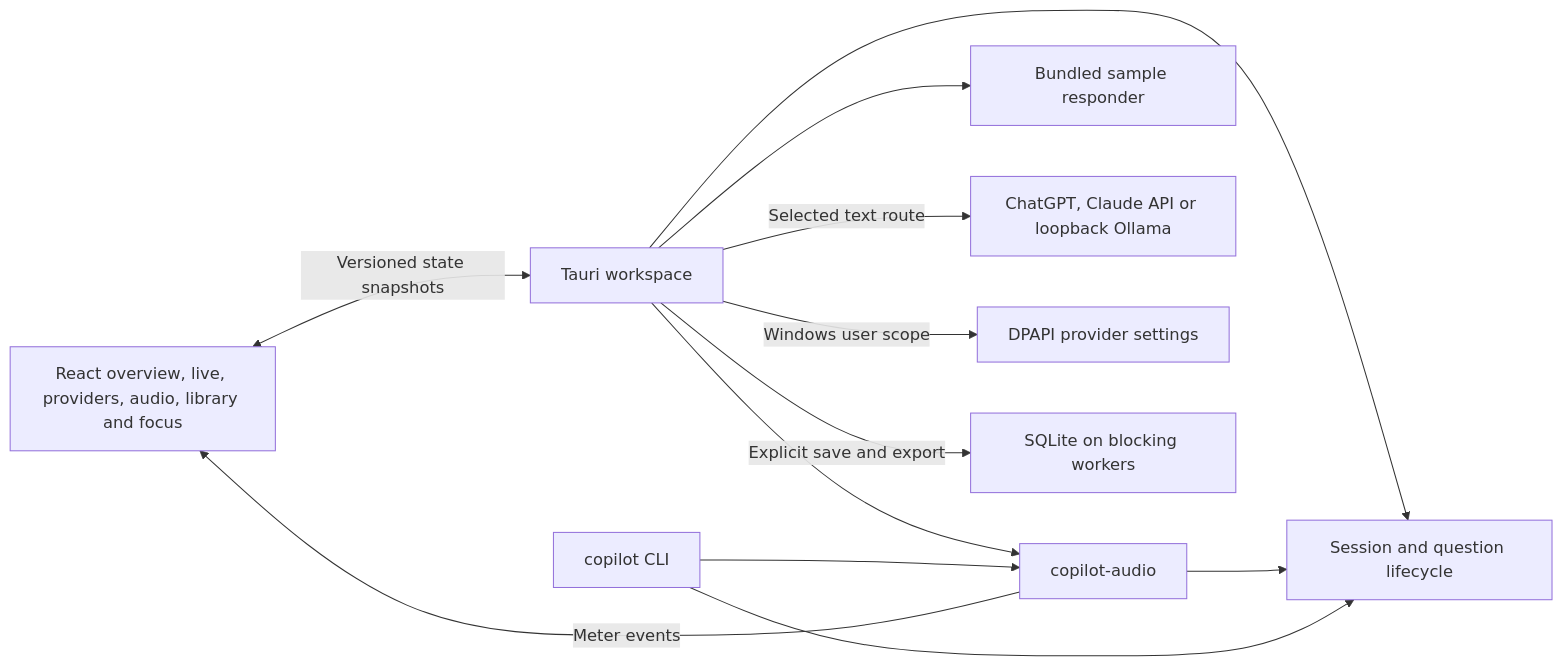
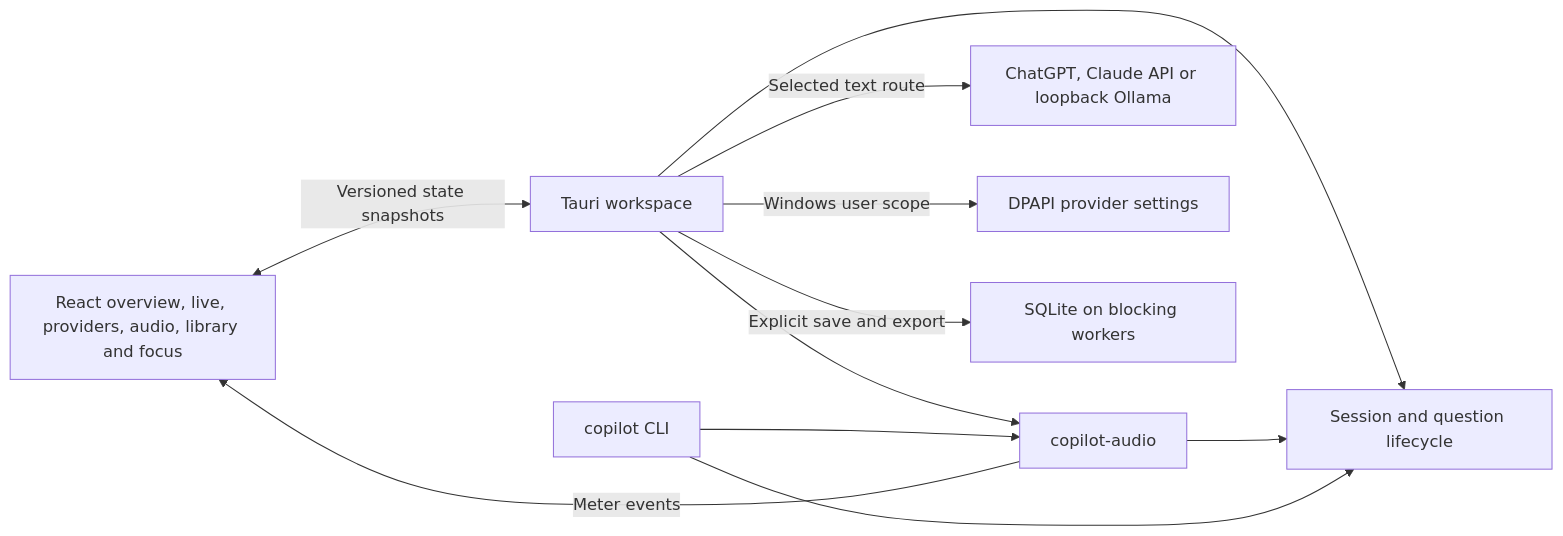
Before and after one commit to Jigsaw777/OpenKeet: the first of 2 diagrams in docs/architecture/DESKTOP_3_0.md, drawn with Mermaid. The commit also changed other lines of this file and 38 other files, not shown here.

First line of the commit message:
Remove the bundled sample session and mock-interview material

````diff
--- a/docs/architecture/DESKTOP_3_0.md
+++ b/docs/architecture/DESKTOP_3_0.md
@@ -5,14 +5,13 @@
 ```mermaid
 flowchart LR
   UI[React overview, live, providers, audio, library and focus] <-->|Versioned state snapshots| Desktop[Tauri workspace]
   Desktop --> Core[Session and question lifecycle]
   Desktop --> Audio[copilot-audio]
   Audio -->|"Meter events"| UI
   Audio --> Core
-  Desktop --> Practice[Bundled sample responder]
   Desktop -->|Selected text route| Providers[ChatGPT, Claude API or loopback Ollama]
   Desktop -->|Windows user scope| Vault[DPAPI provider settings]
   Desktop -->|Explicit save and export| Store[SQLite on blocking workers]
   CLI[copilot CLI] --> Audio
   CLI --> Core
 ```
````
